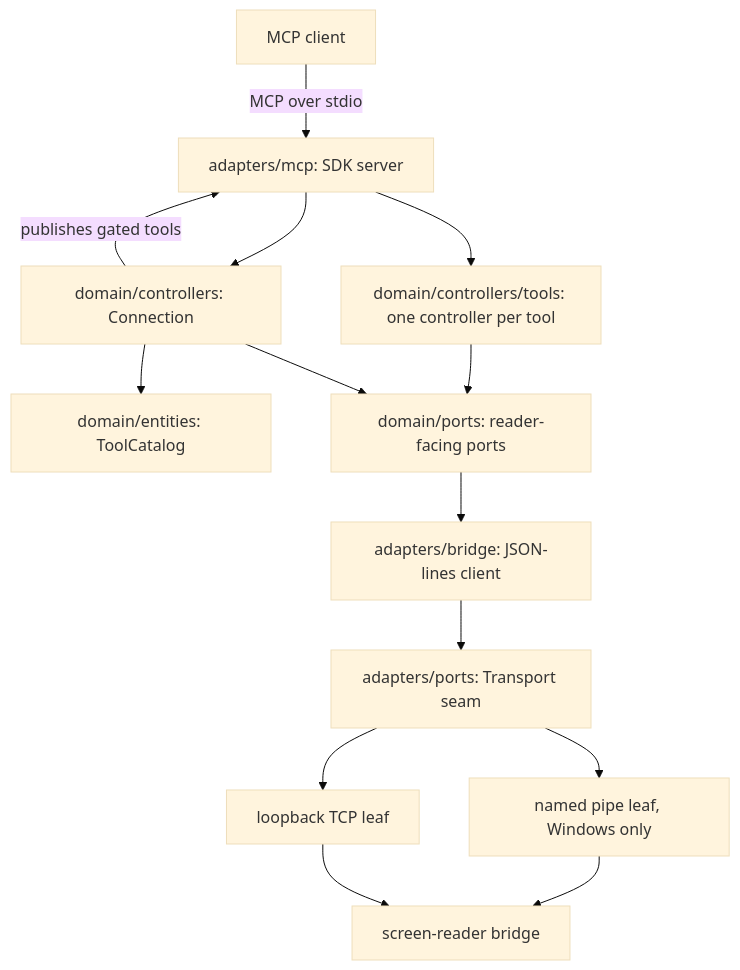
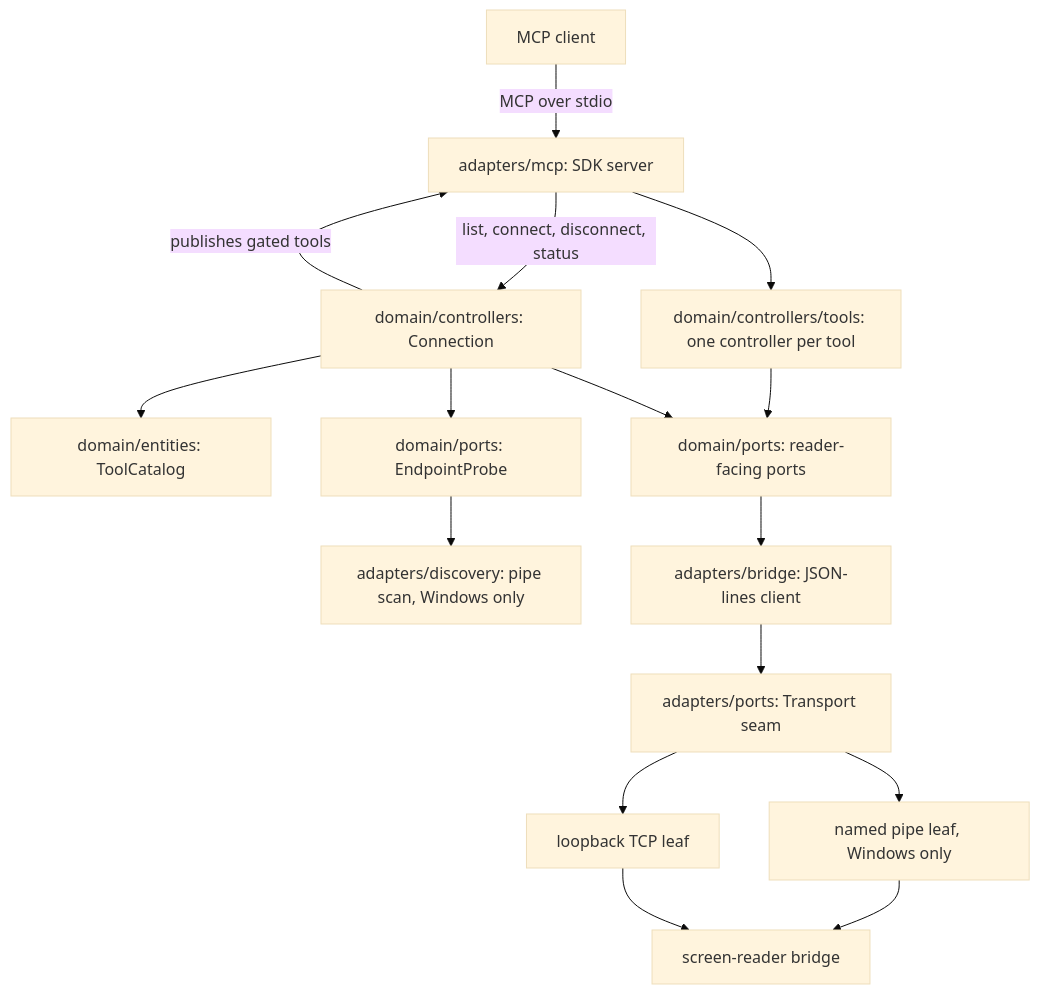
The diagram in specs/0013-mcp-server.md (marlon-sousa/nvda-mcp), drawn with Mermaid (base theme) before and after one commit. The commit also changed other lines of this file, not shown here.

First line of the commit message:
docs: spec 0013 - agent-initiated connection, reader discovery, no v1 log resources

````diff
--- a/specs/0013-mcp-server.md
+++ b/specs/0013-mcp-server.md
@@ -238,19 +298,21 @@
 ```mermaid
 flowchart TD
   accTitle: MCP server internal structure
-  accDescr: The MCP client speaks MCP over stdio to an adapter, which drives domain controllers through ports. A second adapter speaks JSON lines to one screen-reader bridge over a named pipe or loopback TCP. The domain sits between the two adapters and imports neither the MCP SDK nor the generated wire types.
+  accDescr: The MCP client speaks MCP over stdio to an adapter, which drives domain controllers through ports. The Connection controller dials a bridge only when the agent asks, and publishes the capability-gated tools back to the MCP adapter. A second adapter speaks JSON lines to one screen-reader bridge over a named pipe or loopback TCP, and a third enumerates the Windows pipe namespace to report which bridges are listening. The domain sits between the adapters and imports neither the MCP SDK nor the generated wire types.
 
   client[MCP client] -->|MCP over stdio| mcpad[adapters/mcp: SDK server]
   mcpad --> tools[domain/controllers/tools: one controller per tool]
-  mcpad --> conn[domain/controllers: Connection]
+  mcpad -->|list, connect, disconnect, status| conn[domain/controllers: Connection]
   conn --> catalog[domain/entities: ToolCatalog]
   conn -->|publishes gated tools| mcpad
+  conn --> probe[domain/ports: EndpointProbe]
+  probe --> scan[adapters/discovery: pipe scan, Windows only]
   tools --> ports[domain/ports: reader-facing ports]
   conn --> ports
   ports --> bridgead[adapters/bridge: JSON-lines client]
   bridgead --> transport[adapters/ports: Transport seam]
   transport --> pipe[named pipe leaf, Windows only]
   transport --> tcp[loopback TCP leaf]
   pipe --> bridge[screen-reader bridge]
   tcp --> bridge
 ```
````
